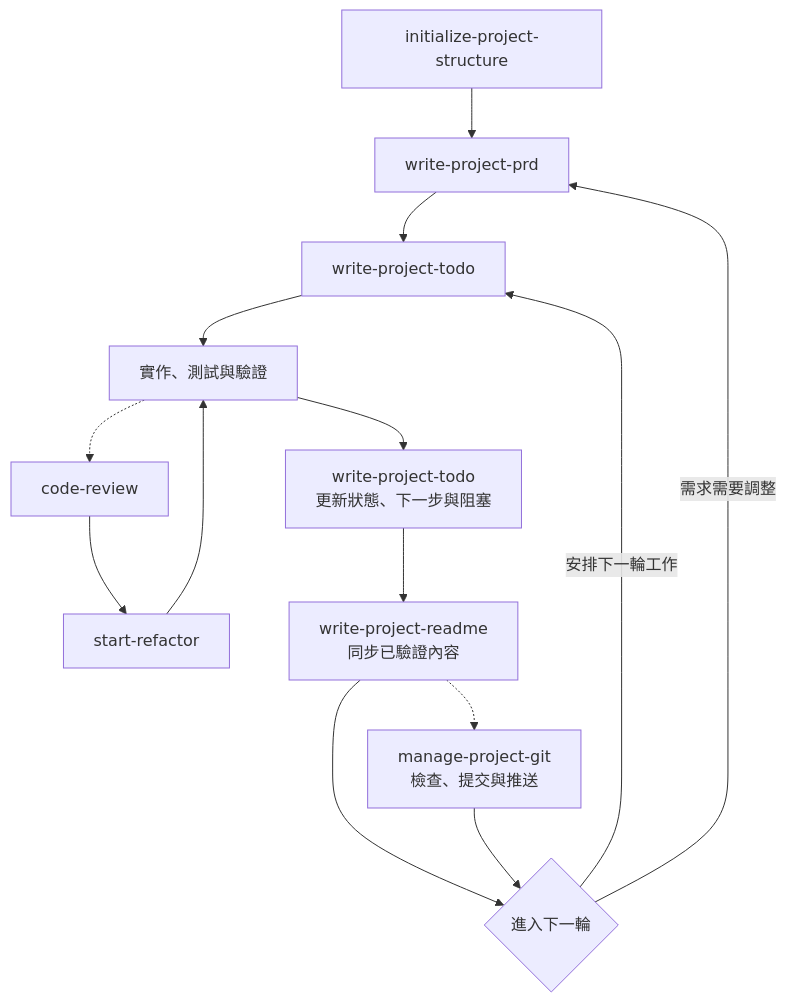
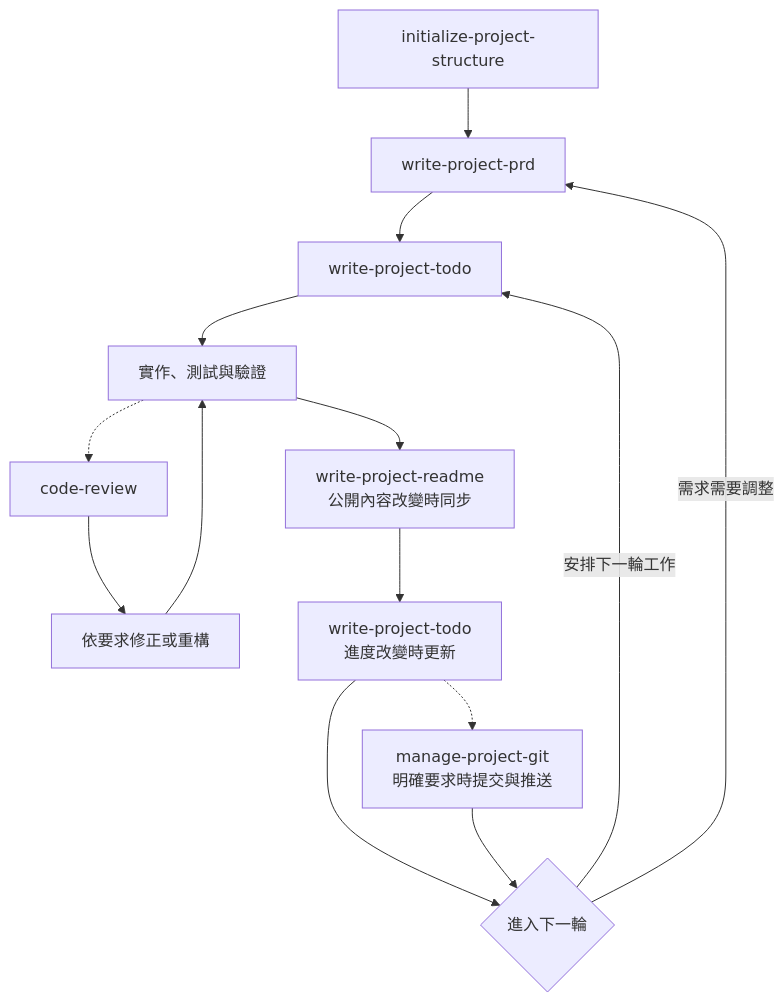
Before and after one commit to douobb/MySkills: the diagram in README.md, drawn with Mermaid. The commit also changed other lines of this file and 31 other files, not shown here.

````diff
--- a/README.md
+++ b/README.md
@@ -28,19 +27,19 @@
 ```mermaid
 flowchart TD
     INIT["initialize-project-structure"] --> PRD["write-project-prd"]
     PRD --> TODO["write-project-todo"]
     TODO --> BUILD["實作、測試與驗證"]
 
     BUILD -.-> REVIEW["code-review"]
-    REVIEW --> REFACTOR["start-refactor"]
+    REVIEW --> REFACTOR["依要求修正或重構"]
     REFACTOR --> BUILD
 
-    BUILD --> TODO_SYNC["write-project-todo<br/>更新狀態、下一步與阻塞"]
-    TODO_SYNC --> README_SYNC["write-project-readme<br/>同步已驗證內容"]
-    README_SYNC --> NEXT{"進入下一輪"}
-    README_SYNC -.-> GIT["manage-project-git<br/>檢查、提交與推送"]
+    BUILD --> README_SYNC["write-project-readme<br/>公開內容改變時同步"]
+    README_SYNC --> TODO_SYNC["write-project-todo<br/>進度改變時更新"]
+    TODO_SYNC --> NEXT{"進入下一輪"}
+    TODO_SYNC -.-> GIT["manage-project-git<br/>明確要求時提交與推送"]
     GIT --> NEXT
 
     NEXT -->|"安排下一輪工作"| TODO
     NEXT -->|"需求需要調整"| PRD
 ```
````
